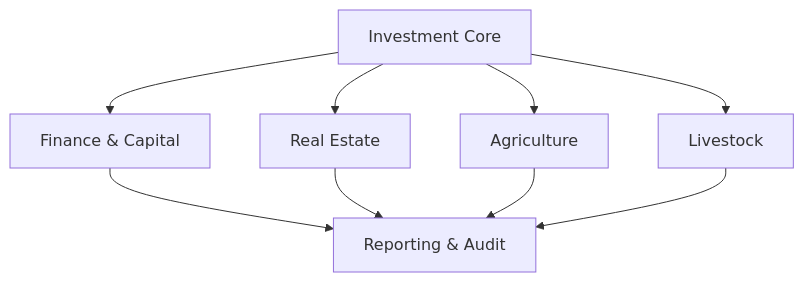
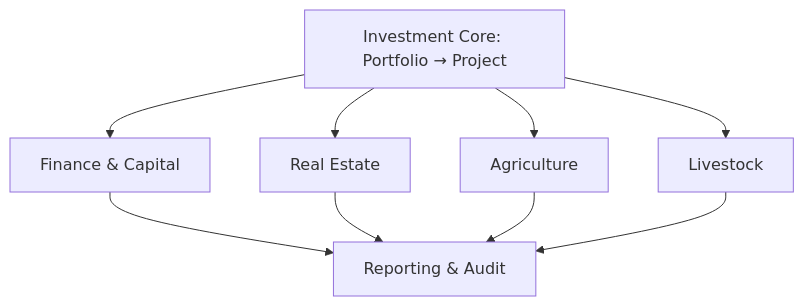
The first of 2 diagrams in docs/greenfield/03_DOMAIN_MODEL.md (mohamedmasoud3030-tech/Terranex), drawn with Mermaid before and after one commit. The commit also changed other lines of this file, not shown here.

Commit message:
docs(r0): define portfolio domain and investor hard stop

````diff
--- a/docs/greenfield/03_DOMAIN_MODEL.md
+++ b/docs/greenfield/03_DOMAIN_MODEL.md
@@ -8,11 +8,11 @@
 ```mermaid
 flowchart TD
-  C["Investment Core"] --> F["Finance & Capital"]
+  C["Investment Core: Portfolio → Project"] --> F["Finance & Capital"]
   C --> R["Real Estate"]
   C --> A["Agriculture"]
   C --> L["Livestock"]
   F --> Q["Reporting & Audit"]
   R --> Q
   A --> Q
   L --> Q
 ```
````
